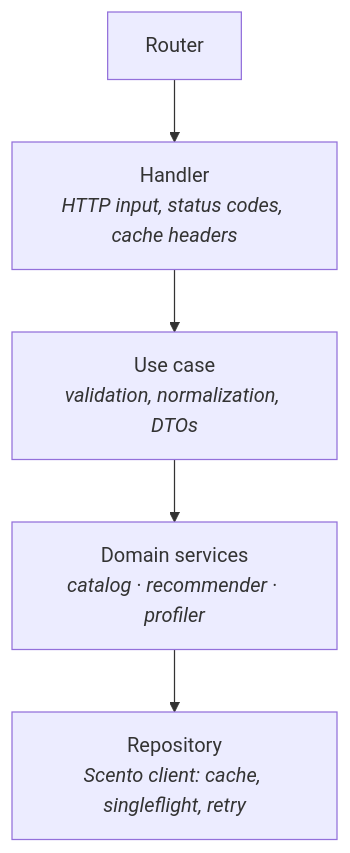
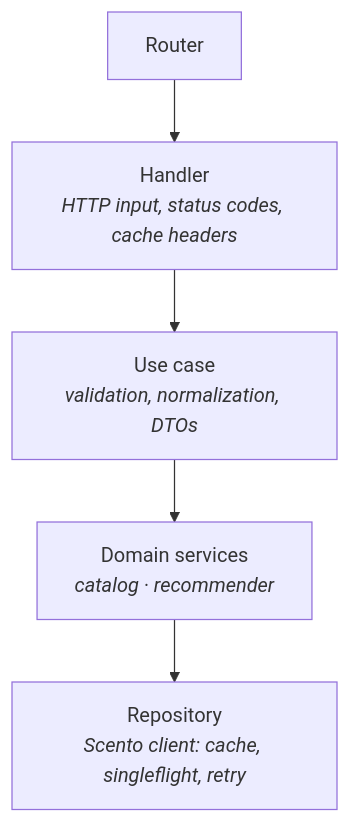
One commit to victorhisamitsu/notewise changed the second of 2 diagrams in README.md. Above: the diagram before and after it, drawn with Mermaid. The commit also changed other lines of this file and 8 other files, not shown here.

````diff
--- a/README.md
+++ b/README.md
@@ -70,7 +76,7 @@
 ```mermaid
 flowchart TB
     R[Router] --> H[Handler<br/><i>HTTP input, status codes, cache headers</i>]
     H --> U[Use case<br/><i>validation, normalization, DTOs</i>]
-    U --> S[Domain services<br/><i>catalog · recommender · profiler</i>]
+    U --> S[Domain services<br/><i>catalog · recommender</i>]
     S --> P[Repository<br/><i>Scento client: cache, singleflight, retry</i>]
 ```
````
